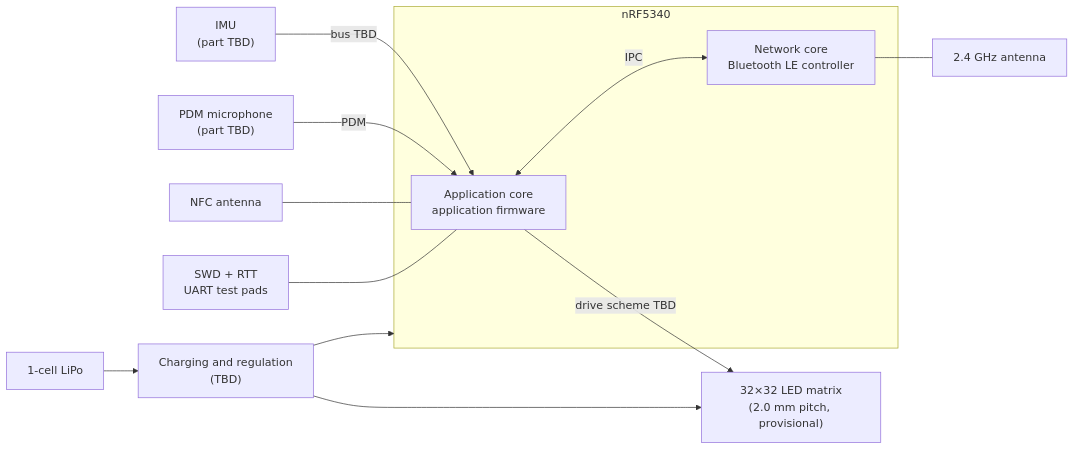
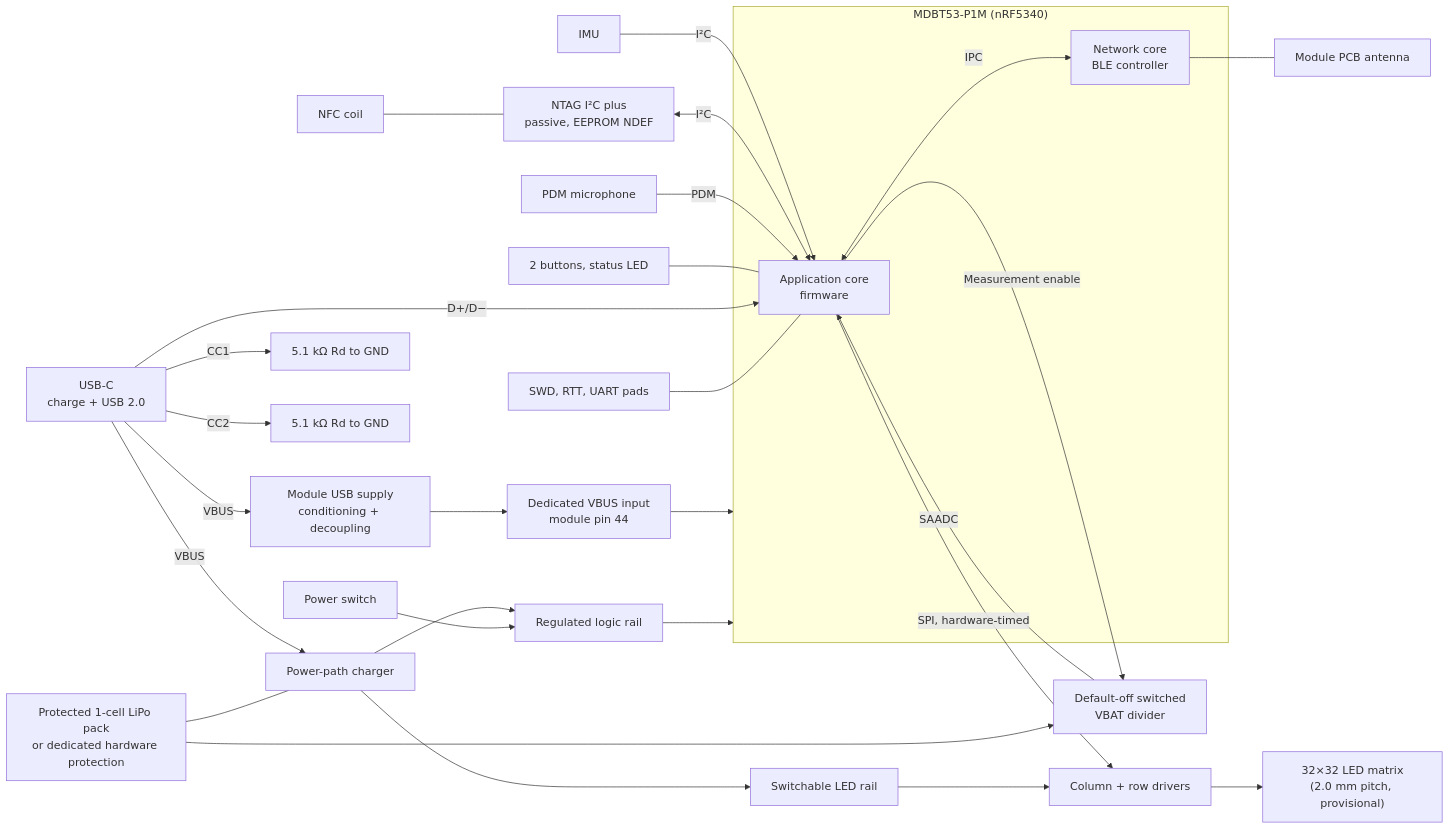
One commit to zgeez/Pixel-Badge changed the diagram in docs/architecture.md. Above: the diagram before and after it, drawn with Mermaid. The commit also changed other lines of this file and 15 other files, not shown here.

First line of the commit message:
Freeze Rev A badge architecture (#2)

````diff
--- a/docs/architecture.md
+++ b/docs/architecture.md
@@ -18,20 +25,36 @@
 ```mermaid
 flowchart LR
-    subgraph SoC["nRF5340"]
-        APP["Application core<br/>application firmware"]
-        NET["Network core<br/>Bluetooth LE controller"]
+    subgraph MOD["MDBT53-P1M (nRF5340)"]
+        APP["Application core<br/>firmware"]
+        NET["Network core<br/>BLE controller"]
         APP <-->|IPC| NET
     end
+    NET --- ANT["Module PCB antenna"]
 
-    APP -->|"drive scheme TBD"| MATRIX["32×32 LED matrix<br/>(2.0 mm pitch, provisional)"]
-    IMU["IMU<br/>(part TBD)"] -->|"bus TBD"| APP
-    MIC["PDM microphone<br/>(part TBD)"] -->|PDM| APP
-    NFC["NFC antenna"] --- APP
-    NET --- ANT["2.4 GHz antenna"]
+    APP -->|"SPI, hardware-timed"| DRV["Column + row drivers"]
+    DRV --> MATRIX["32×32 LED matrix<br/>(2.0 mm pitch, provisional)"]
+    IMU["IMU"] -->|I²C| APP
+    NFC["NTAG I²C plus<br/>passive, EEPROM NDEF"] <-->|I²C| APP
+    COIL["NFC coil"] --- NFC
+    MIC["PDM microphone"] -->|PDM| APP
+    UI["2 buttons, status LED"] --- APP
 
-    BATT["1-cell LiPo"] --> PWR["Charging and regulation<br/>(TBD)"]
-    PWR --> SoC
-    PWR --> MATRIX
+    USB["USB-C<br/>charge + USB 2.0"] -->|VBUS| CHG["Power-path charger"]
+    USB -->|CC1| RD1["5.1 kΩ Rd to GND"]
+    USB -->|CC2| RD2["5.1 kΩ Rd to GND"]
+    USB -->|VBUS| USBPWR["Module USB supply<br/>conditioning + decoupling"]
+    USBPWR --> VBUS["Dedicated VBUS input<br/>module pin 44"]
+    VBUS --> MOD
+    USB -->|D+/D−| APP
+    BATT["Protected 1-cell LiPo pack<br/>or dedicated hardware protection"] --- CHG
+    BATT --> SENSE["Default-off switched<br/>VBAT divider"]
+    SENSE -->|SAADC| APP
+    APP -->|Measurement enable| SENSE
+    CHG --> LOGIC["Regulated logic rail"]
+    CHG --> LED["Switchable LED rail"]
+    SW["Power switch"] --> LOGIC
+    LOGIC --> MOD
+    LED --> DRV
 
-    DBG["SWD + RTT<br/>UART test pads"] --- APP
+    DBG["SWD, RTT, UART pads"] --- APP
 ```
````
